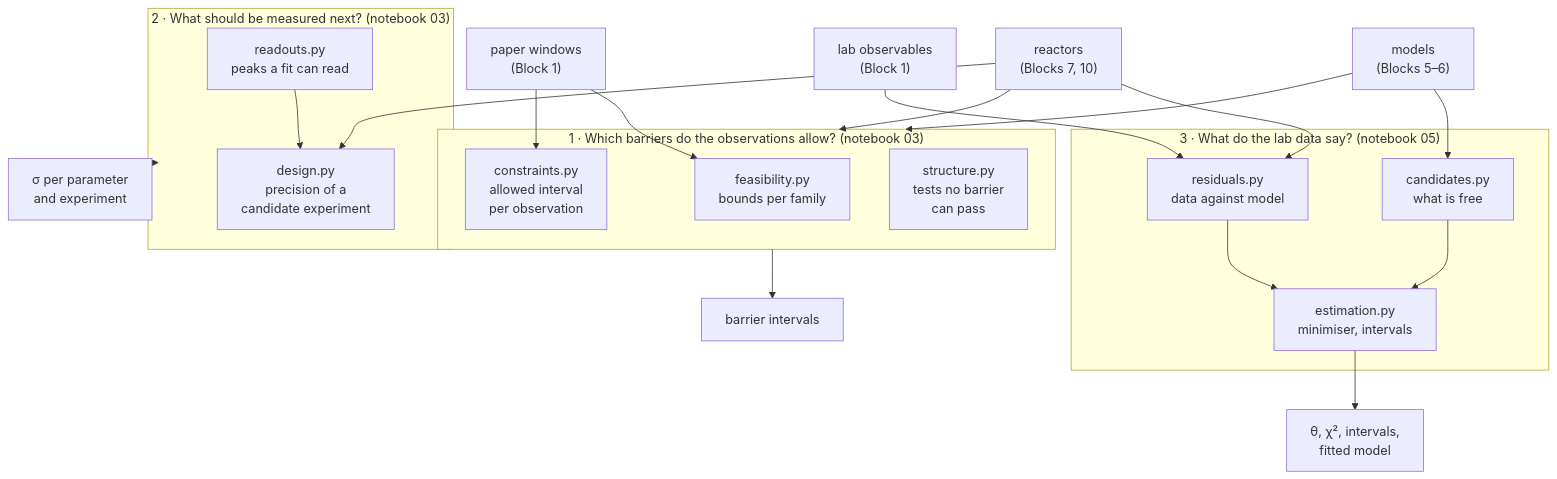
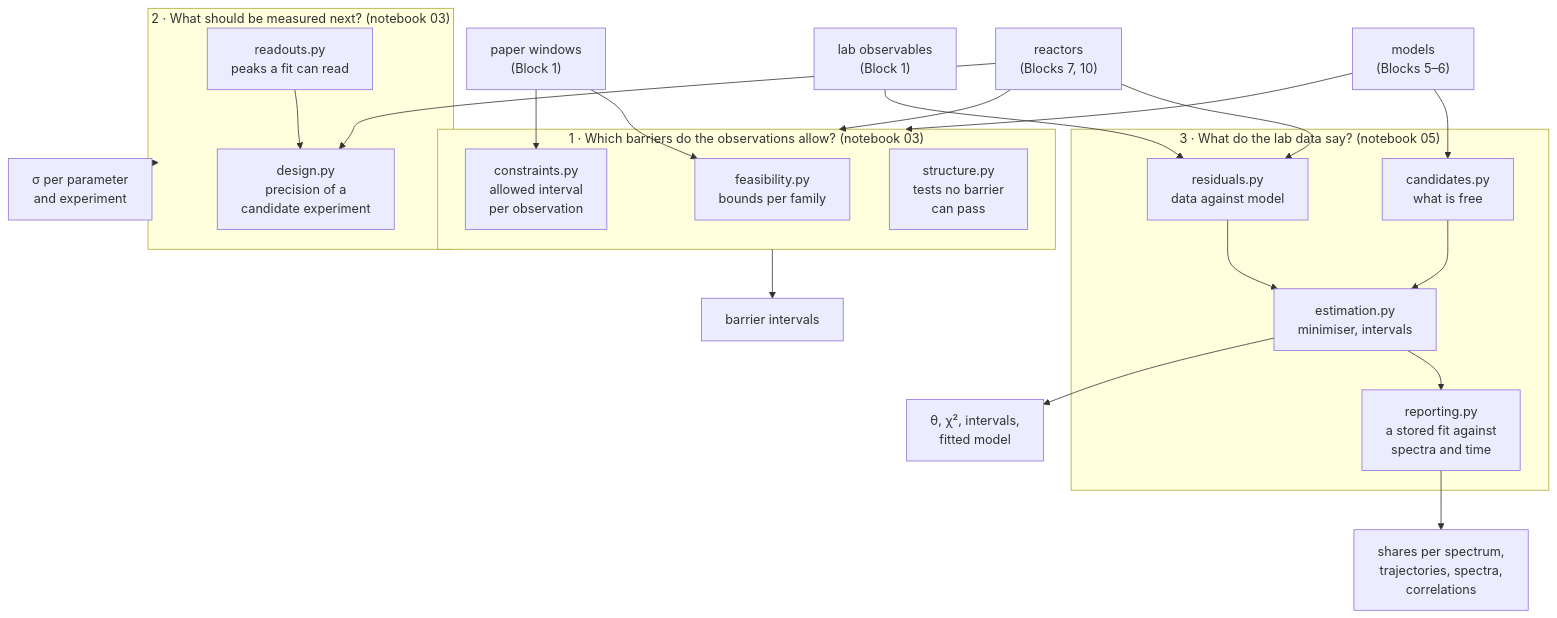
Before and after one commit to yralcaraz/atom-to-reactor: the seventh of 8 diagrams in MODULES.md, drawn with Mermaid. The commit also changed other lines of this file and 16 other files, not shown here.

Commit message:
Third fit: free ages first, TMSPa-alone tube, trace rule, reporting and notebook

````diff
--- a/MODULES.md
+++ b/MODULES.md
@@ -499,33 +499,36 @@
 ```mermaid
 flowchart TB
     subgraph Q1["1 · Which barriers do the observations allow? (notebook 03)"]
         feasibility["feasibility.py<br/>bounds per family"]
         constraints["constraints.py<br/>allowed interval<br/>per observation"]
         structure["structure.py<br/>tests no barrier<br/>can pass"]
     end
     subgraph Q2["2 · What should be measured next? (notebook 03)"]
         readouts["readouts.py<br/>peaks a fit can read"]
         design["design.py<br/>precision of a<br/>candidate experiment"]
         readouts --> design
     end
     subgraph Q3["3 · What do the lab data say? (notebook 05)"]
         residuals["residuals.py<br/>data against model"]
         candidates["candidates.py<br/>what is free"]
         estimation["estimation.py<br/>minimiser, intervals"]
+        reporting["reporting.py<br/>a stored fit against<br/>spectra and time"]
         residuals --> estimation
         candidates --> estimation
+        estimation --> reporting
     end
 
     PAPER["paper windows<br/>(Block 1)"] --> feasibility
     PAPER --> constraints
     LAB["lab observables<br/>(Block 1)"] --> residuals
     R["reactors<br/>(Blocks 7, 10)"] --> Q1
     R --> design
     R --> residuals
     M["models<br/>(Blocks 5–6)"] --> Q1
     M --> candidates
 
     Q1 --> O1["barrier intervals"]
     Q2 --> O2["σ per parameter<br/>and experiment"]
     estimation --> O3["θ, χ², intervals,<br/>fitted model"]
+    reporting --> O4["shares per spectrum,<br/>trajectories, spectra,<br/>correlations"]
 ```
````
